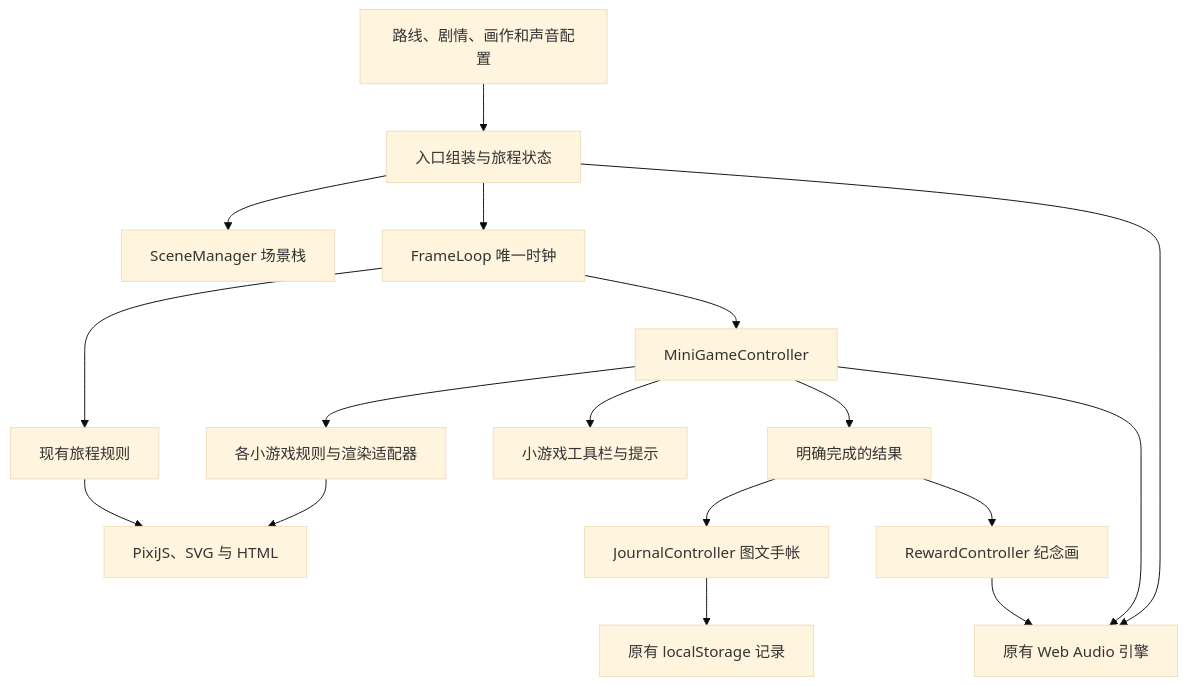
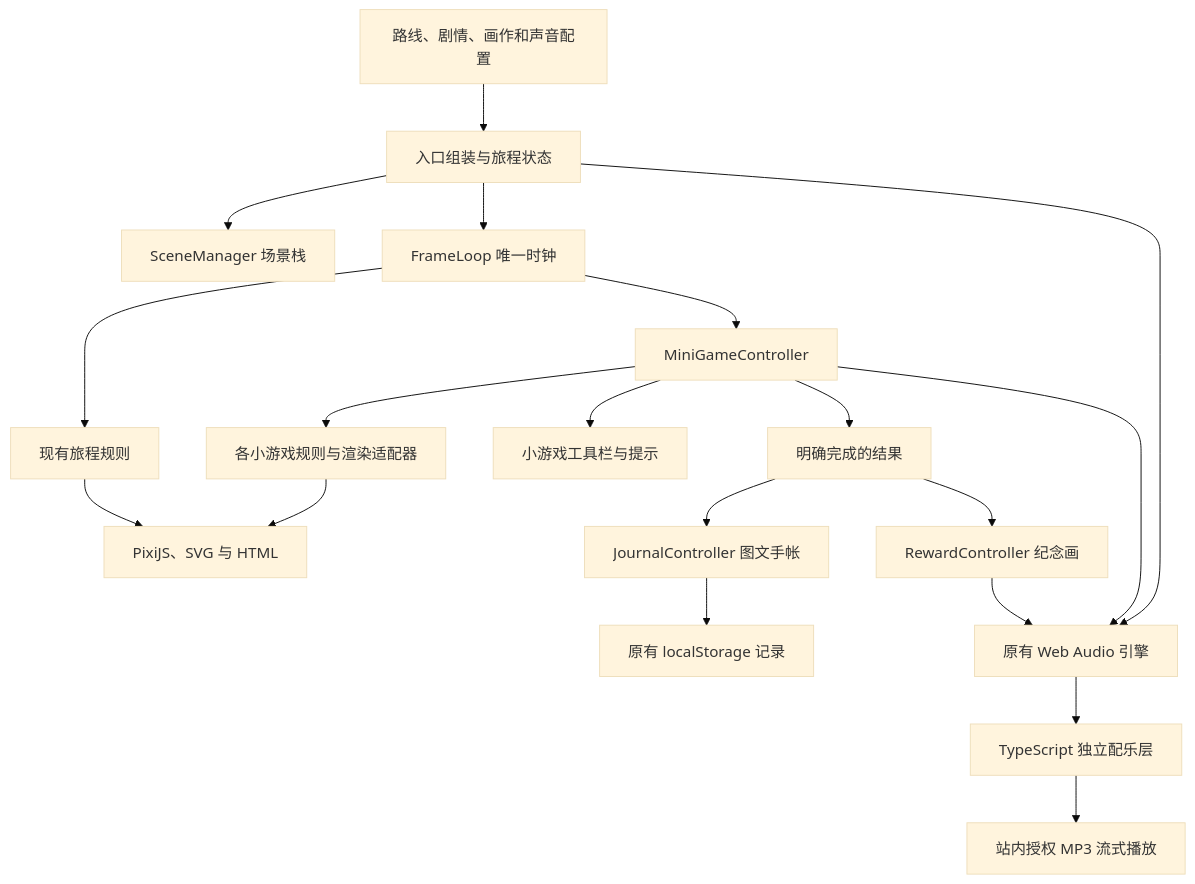
One commit to zhenliuxc/trailbound-ghw changed the diagram in docs/ARCHITECTURE.md. Above: the diagram before and after it, drawn with Mermaid (base theme). The commit also changed other lines of this file and 42 other files, not shown here.

````diff
--- a/docs/ARCHITECTURE.md
+++ b/docs/ARCHITECTURE.md
@@ -34,19 +35,21 @@
 ```mermaid
 flowchart TD
   Content[路线、剧情、画作和声音配置] --> App[入口组装与旅程状态]
   App --> Scenes[SceneManager 场景栈]
   App --> Loop[FrameLoop 唯一时钟]
   Loop --> Journey[现有旅程规则]
   Loop --> Mini[MiniGameController]
   Mini --> Rules[各小游戏规则与渲染适配器]
   Mini --> View[小游戏工具栏与提示]
   Mini --> Completed[明确完成的结果]
   Completed --> Journal[JournalController 图文手帐]
   Completed --> Reward[RewardController 纪念画]
   Journal --> Storage[原有 localStorage 记录]
   Journey --> Render[PixiJS、SVG 与 HTML]
   Rules --> Render
   App --> Audio[原有 Web Audio 引擎]
   Mini --> Audio
   Reward --> Audio
+  Audio --> Music[TypeScript 独立配乐层]
+  Music --> Stream[站内授权 MP3 流式播放]
 ```
````
